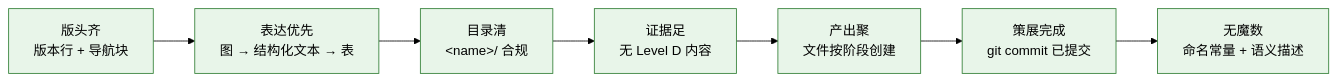
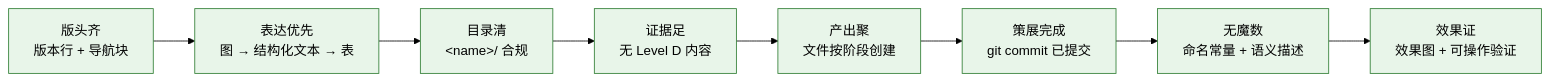
One commit to effiy/YrY changed diagram 11 of 11 in rules/doc-generation.md. Above: the diagram before and after it, drawn with Mermaid (forest theme). The commit also changed other lines of this file and 1 other file, not shown here.

````diff
--- a/rules/doc-generation.md
+++ b/rules/doc-generation.md
@@ -307,11 +355,12 @@
 ```mermaid
 flowchart LR
     S1["版头齐<br/>版本行 + 导航块"]:::sig --> S2["表达优先<br/>图 → 结构化文本 → 表"]:::sig
     S2 --> S3["目录清<br/>&lt;name&gt;/ 合规"]:::sig
     S3 --> S4["证据足<br/>无 Level D 内容"]:::sig
     S4 --> S5["产出聚<br/>文件按阶段创建"]:::sig
     S5 --> S6["策展完成<br/>git commit 已提交"]:::sig
     S6 --> S7["无魔数<br/>命名常量 + 语义描述"]:::sig
+    S7 --> S8["效果证<br/>效果图 + 可操作验证"]:::sig
 
     classDef sig fill:#e8f5e9,stroke:#2e7d32;
 ```
````
